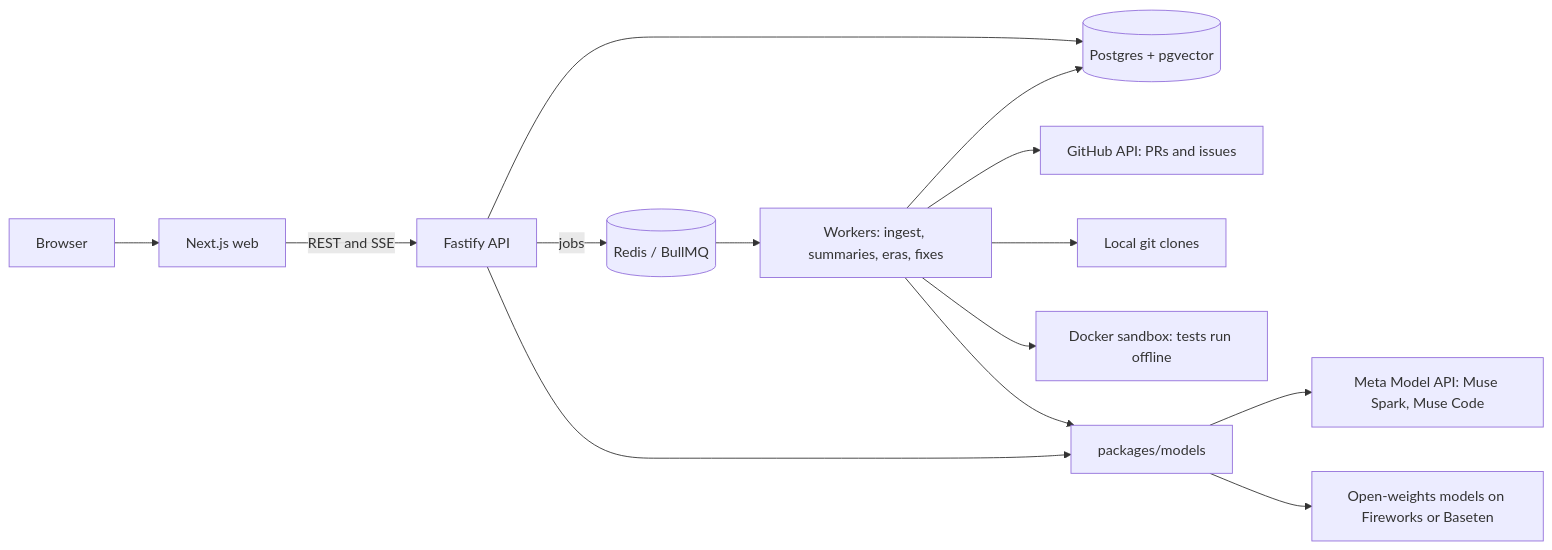
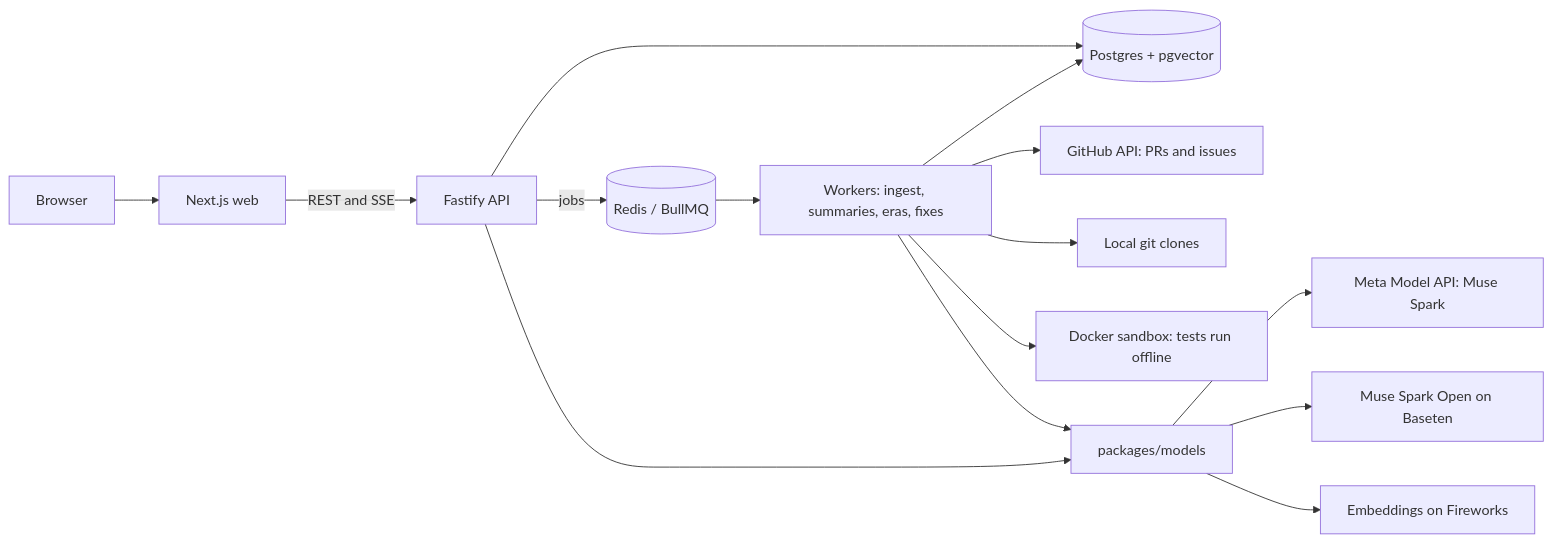
The diagram in README.md (tausif2907/Archaeo), drawn with Mermaid before and after one commit. The commit also changed other lines of this file and 10 other files, not shown here.

First line of the commit message:
feat(models): default to Meta's real model IDs and hosts

````diff
--- a/README.md
+++ b/README.md
@@ -21,16 +21,17 @@
 ```mermaid
 flowchart LR
   browser[Browser] --> web[Next.js web]
   web -- REST and SSE --> api[Fastify API]
   api --> pg[(Postgres + pgvector)]
   api -- jobs --> redis[(Redis / BullMQ)]
   redis --> worker[Workers: ingest, summaries, eras, fixes]
   worker --> pg
   worker --> github[GitHub API: PRs and issues]
   worker --> clones[Local git clones]
   worker --> sandbox[Docker sandbox: tests run offline]
   api --> models[packages/models]
   worker --> models
-  models --> meta[Meta Model API: Muse Spark, Muse Code]
-  models --> openweights[Open-weights models on Fireworks or Baseten]
+  models --> meta[Meta Model API: Muse Spark]
+  models --> baseten[Muse Spark Open on Baseten]
+  models --> fireworks[Embeddings on Fireworks]
 ```
````
